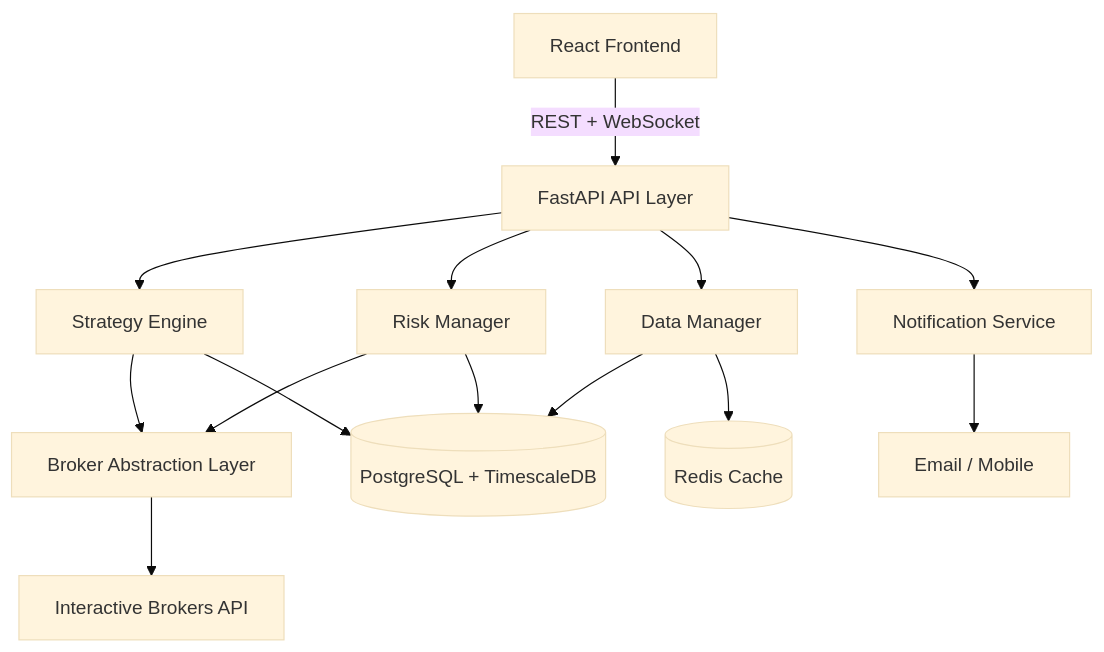
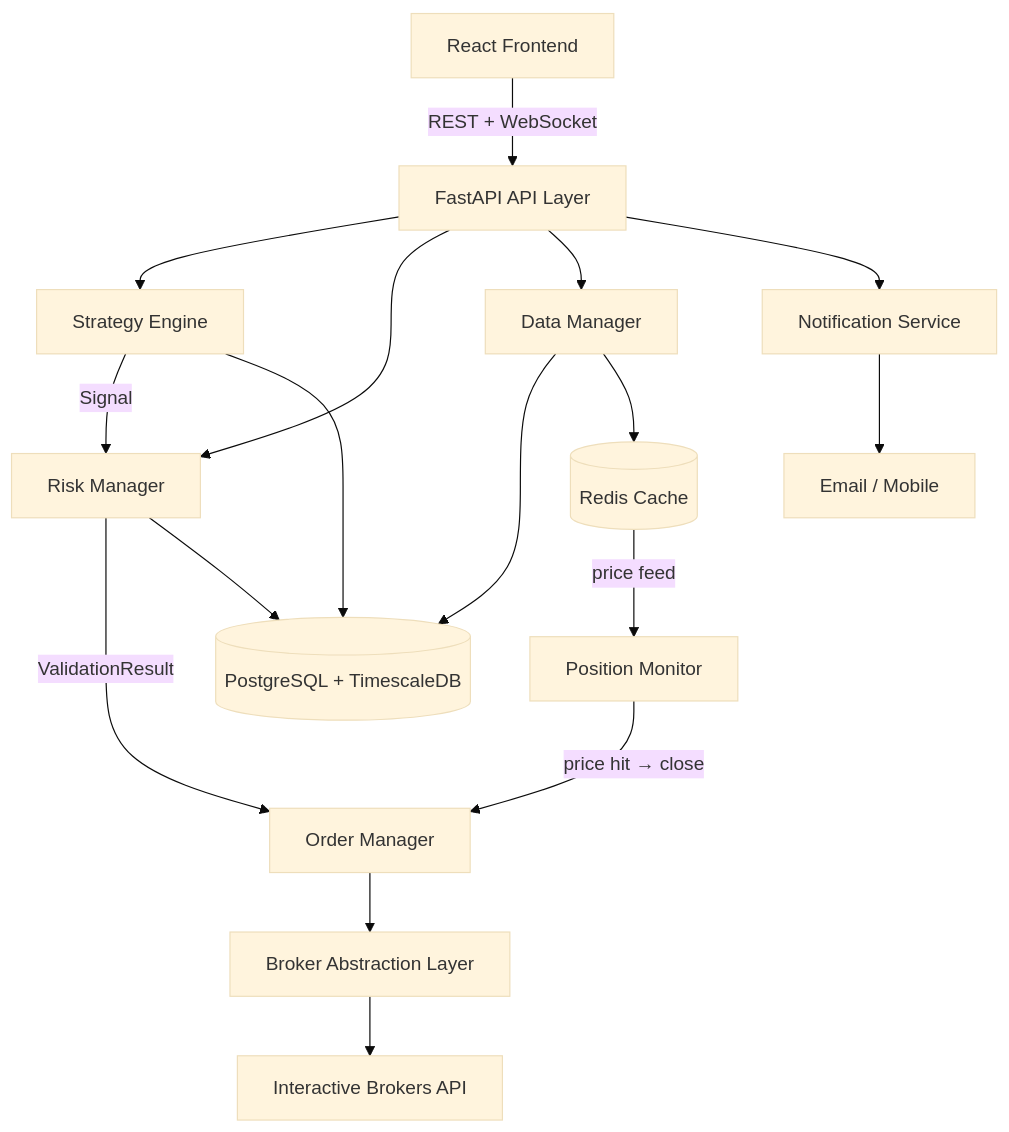
One commit to andyj-wallace/Automated-Trading-Bot changed the diagram in .claude/specs/design.md. Above: the diagram before and after it, drawn with Mermaid (base theme). The commit also changed other lines of this file and 4 other files, not shown here.

````diff
--- a/.claude/specs/design.md
+++ b/.claude/specs/design.md
@@ -11,16 +11,19 @@
 ```mermaid
 graph TD
     FE[React Frontend] -->|REST + WebSocket| API[FastAPI API Layer]
     API --> SE[Strategy Engine]
     API --> RM[Risk Manager]
     API --> DM[Data Manager]
     API --> NS[Notification Service]
-    SE --> BK[Broker Abstraction Layer]
-    RM --> BK
+    SE -->|Signal| RM
+    RM -->|ValidationResult| OM[Order Manager]
+    OM --> BK[Broker Abstraction Layer]
+    PM[Position Monitor] -->|price hit → close| OM
+    RD -->|price feed| PM
     BK --> IBKR[Interactive Brokers API]
     DM --> PG[(PostgreSQL + TimescaleDB)]
     DM --> RD[(Redis Cache)]
     SE --> PG
     RM --> PG
     NS --> EXT[Email / Mobile]
 ```
````
